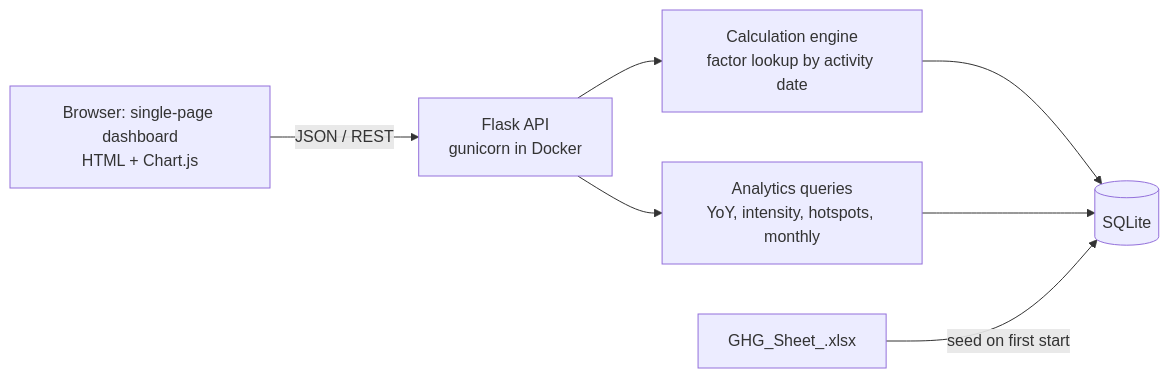
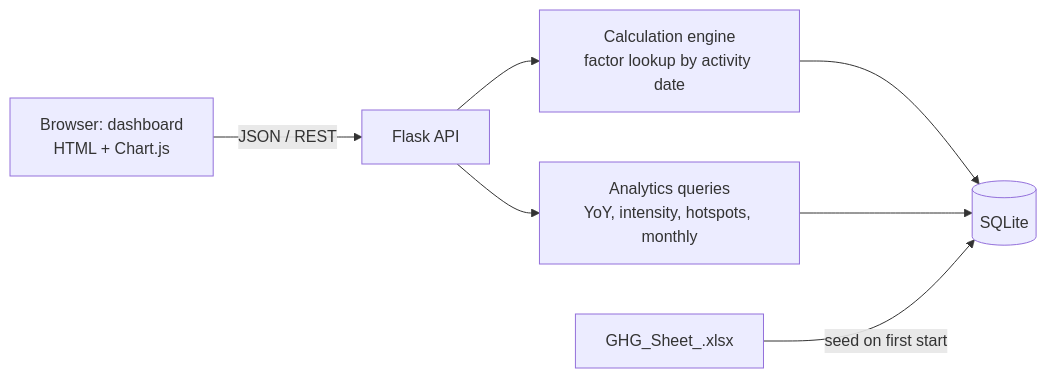
Before and after one commit to GauravBisen15/ghg-emissions-platform: the diagram in README.md, drawn with Mermaid. The commit also changed other lines of this file, not shown here.

````diff
--- a/README.md
+++ b/README.md
@@ -56,8 +72,8 @@
 ```mermaid
 flowchart LR
-  B[Browser: single-page dashboard<br/>HTML + Chart.js] -->|JSON / REST| A[Flask API<br/>gunicorn in Docker]
+  B[Browser: dashboard<br/>HTML + Chart.js] -->|JSON / REST| A[Flask API]
   A --> E[Calculation engine<br/>factor lookup by activity date]
   A --> Q[Analytics queries<br/>YoY, intensity, hotspots, monthly]
   E & Q --> D[(SQLite)]
   X[GHG_Sheet_.xlsx] -->|seed on first start| D
 ```
````
